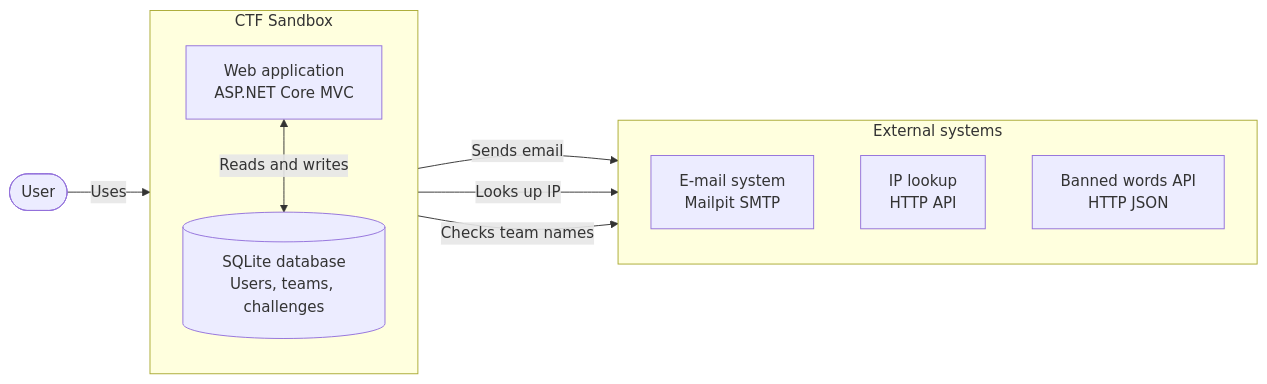
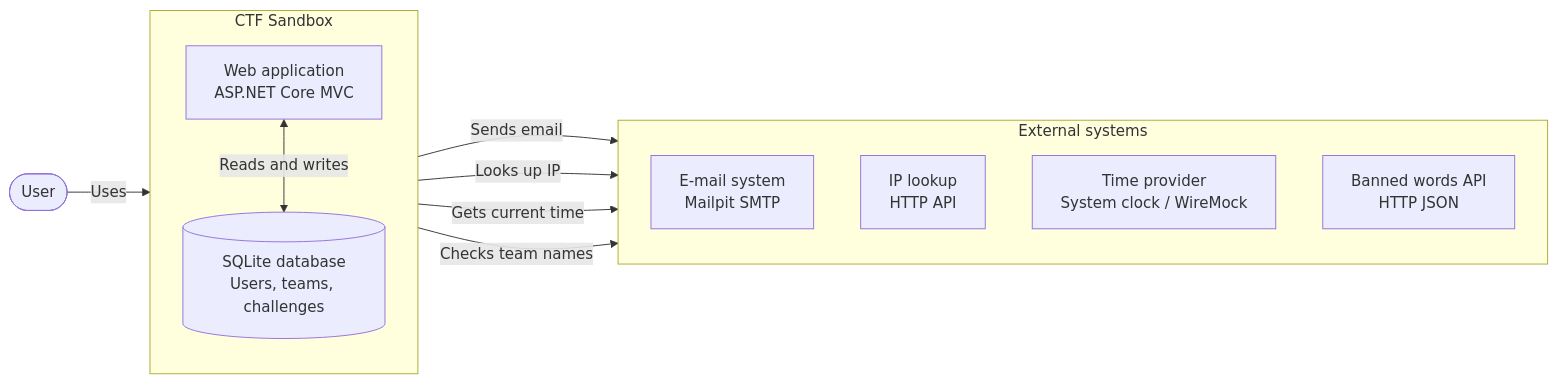
One commit to CurlyFire/ctf-sandbox changed the second of 2 diagrams in README.md. Above: the diagram before and after it, drawn with Mermaid. The commit also changed other lines of this file and 67 other files, not shown here.

````diff
--- a/README.md
+++ b/README.md
@@ -76,23 +76,25 @@
 ```mermaid
 flowchart LR
     user([User])
 
     subgraph ctf["CTF Sandbox"]
         direction TB
         webapp["Web application<br/>ASP.NET Core MVC"]
         sqlite[("SQLite database<br/>Users, teams, challenges")]
         webapp <-->|Reads and writes| sqlite
     end
 
     subgraph external["External systems"]
         direction TB
         mailpit["E-mail system<br/>Mailpit SMTP"]
         ipinfo["IP lookup<br/>HTTP API"]
+        timeprovider["Time provider<br/>System clock / WireMock"]
         bannedwords["Banned words API<br/>HTTP JSON"]
     end
 
     user -->|Uses| webapp
     webapp -->|Sends email| mailpit
     webapp -->|Looks up IP| ipinfo
+    webapp -->|Gets current time| timeprovider
     webapp -->|Checks team names| bannedwords
 ```
````
